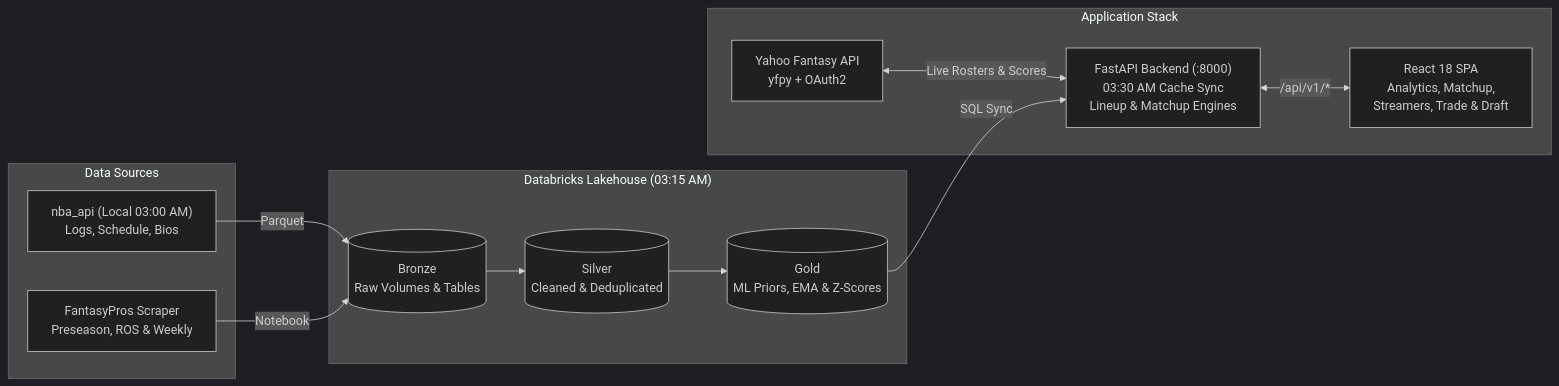
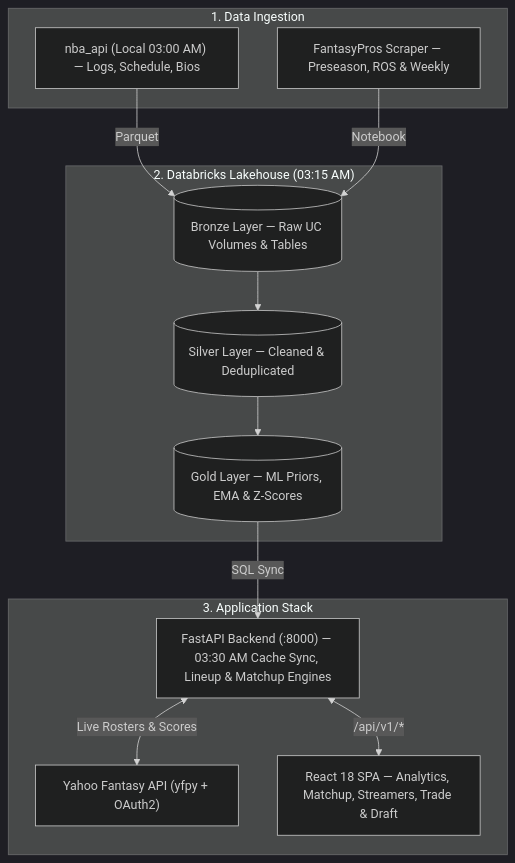
One commit to chenalan02/9Cat-Hoops-Analyzer changed the diagram in README.md. Above: the diagram before and after it, drawn with Mermaid (dark theme).

Commit message:
fix system architecture diagram

````diff
--- a/README.md
+++ b/README.md
@@ -14,26 +14,26 @@
 ```mermaid
-flowchart LR
-    subgraph Sources["Data Sources"]
-        NBA["nba_api (Local 03:00 AM)\nLogs, Schedule, Bios"]
-        FP["FantasyPros Scraper\nPreseason, ROS & Weekly"]
+flowchart TD
+    subgraph Sources["1. Data Ingestion"]
+        NBA["nba_api (Local 03:00 AM) — Logs, Schedule, Bios"]
+        FP["FantasyPros Scraper — Preseason, ROS & Weekly"]
     end
 
-    subgraph Databricks["Databricks Lakehouse (03:15 AM)"]
-        Bronze[("Bronze\nRaw Volumes & Tables")]
-        Silver[("Silver\nCleaned & Deduplicated")]
-        Gold[("Gold\nML Priors, EMA & Z-Scores")]
+    subgraph Databricks["2. Databricks Lakehouse (03:15 AM)"]
+        Bronze[("Bronze Layer — Raw UC Volumes & Tables")]
+        Silver[("Silver Layer — Cleaned & Deduplicated")]
+        Gold[("Gold Layer — ML Priors, EMA & Z-Scores")]
         Bronze --> Silver --> Gold
     end
 
-    subgraph App["Application Stack"]
-        Backend["FastAPI Backend (:8000)\n03:30 AM Cache Sync\nLineup & Matchup Engines"]
-        Yahoo["Yahoo Fantasy API\nyfpy + OAuth2"]
-        Frontend["React 18 SPA\nAnalytics, Matchup,\nStreamers, Trade & Draft"]
-        Yahoo <-->|"Live Rosters & Scores"| Backend
+    subgraph App["3. Application Stack"]
+        Backend["FastAPI Backend (:8000) — 03:30 AM Cache Sync, Lineup & Matchup Engines"]
+        Yahoo["Yahoo Fantasy API (yfpy + OAuth2)"]
+        Frontend["React 18 SPA — Analytics, Matchup, Streamers, Trade & Draft"]
+        Backend <-->|"Live Rosters & Scores"| Yahoo
         Backend <-->|"/api/v1/*"| Frontend
     end
 
     NBA -->|"Parquet"| Bronze
     FP -->|"Notebook"| Bronze
     Gold -->|"SQL Sync"| Backend
 ```
````
